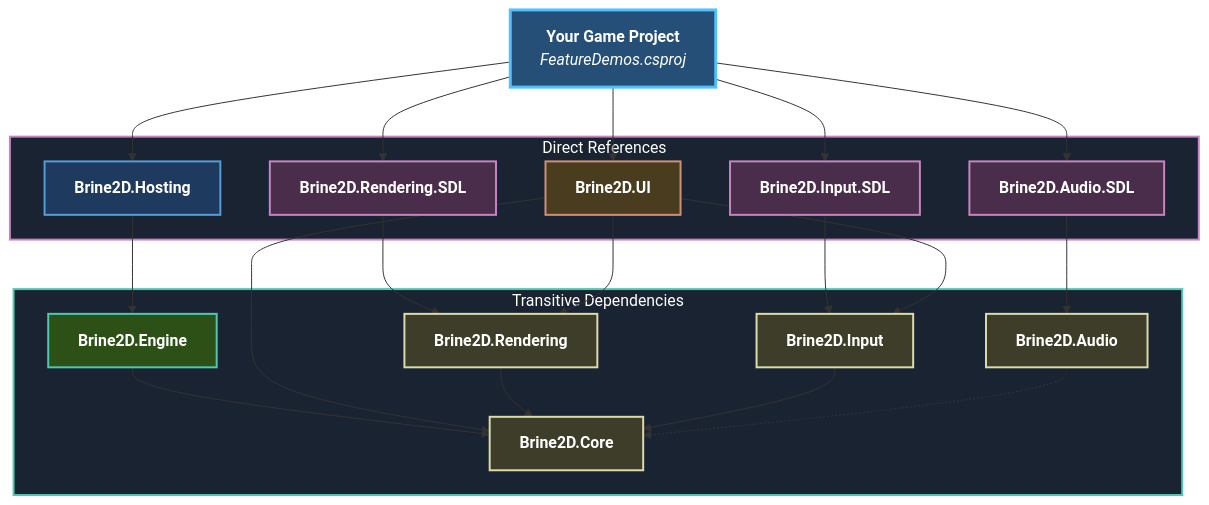
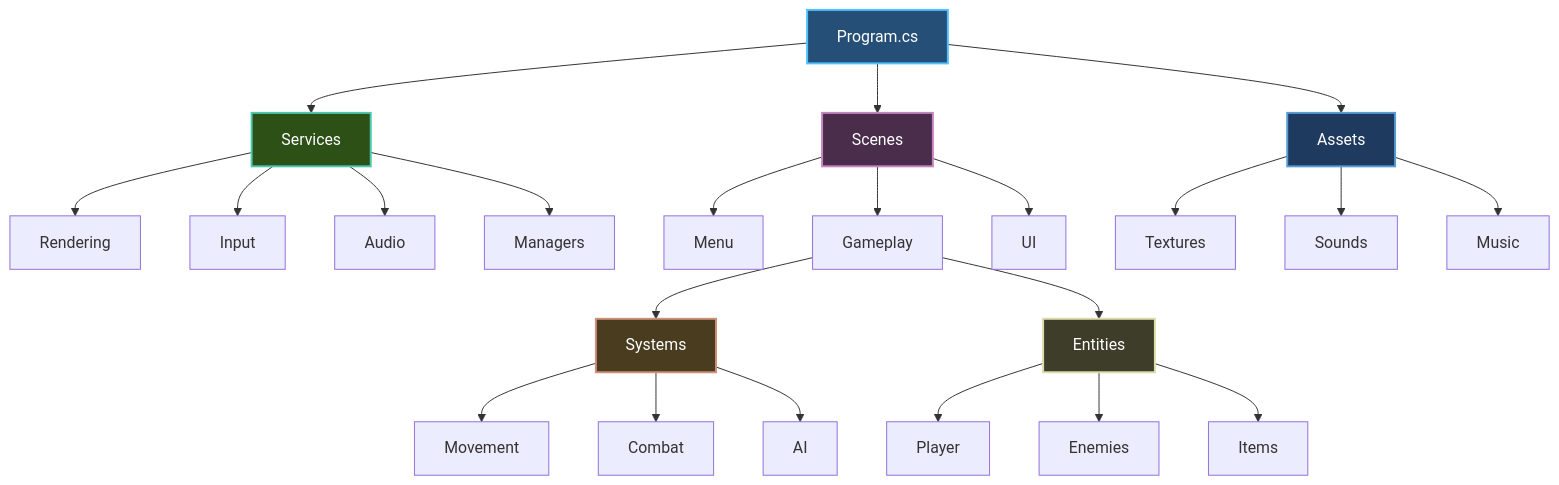
Before and after one commit to CrazyPickleStudios/Brine2D-Documentation: the diagram in docs/getting-started/project-structure.md, drawn with Mermaid. The commit also changed other lines of this file and 19 other files, not shown here.

````diff
--- a/docs/getting-started/project-structure.md
+++ b/docs/getting-started/project-structure.md
@@ -12,54 +741,37 @@
-```mermaid
+~~~mermaid
 graph TB
-    Game["<b>Your Game Project</b><br/><i>FeatureDemos.csproj</i>"]
+    A[Program.cs] --> B[Services]
+    A --> C[Scenes]
     
-    subgraph Direct["Direct References"]
-        Hosting["<b>Brine2D.Hosting</b>"]
-        RenderingSDL["<b>Brine2D.Rendering.SDL</b>"]
-        InputSDL["<b>Brine2D.Input.SDL</b>"]
-        AudioSDL["<b>Brine2D.Audio.SDL</b>"]
-        UI["<b>Brine2D.UI</b>"]
-    end
+    B --> B1[Rendering]
+    B --> B2[Input]
+    B --> B3[Audio]
+    B --> B4[Managers]
     
-    subgraph Transitive["Transitive Dependencies"]
-        Engine["<b>Brine2D.Engine</b>"]
-        Rendering["<b>Brine2D.Rendering</b>"]
-        Input["<b>Brine2D.Input</b>"]
-        Audio["<b>Brine2D.Audio</b>"]
-        Core["<b>Brine2D.Core</b>"]
-    end
+    C --> C1[Menu]
+    C --> C2[Gameplay]
+    C --> C3[UI]
     
-    Game --> Hosting
-    Game --> RenderingSDL
-    Game --> InputSDL
-    Game --> AudioSDL
-    Game --> UI
+    C2 --> D[Systems]
+    C2 --> E[Entities]
     
-    Hosting --> Engine
-    Engine --> Core
+    D --> D1[Movement]
+    D --> D2[Combat]
+    D --> D3[AI]
     
-    RenderingSDL --> Rendering
-    InputSDL --> Input
-    AudioSDL --> Audio
-    UI --> Core
-    UI --> Rendering
-    UI --> Input
+    E --> E1[Player]
+    E --> E2[Enemies]
+    E --> E3[Items]
     
-    Rendering --> Core
-    Input --> Core
-    Audio -.-> Core
-
-    style Game fill:#264f78,stroke:#4fc1ff,stroke-width:3px,color:#fff
-    style Hosting fill:#1e3a5f,stroke:#569cd6,stroke-width:2px,color:#fff
-    style RenderingSDL fill:#4a2d4a,stroke:#c586c0,stroke-width:2px,color:#fff
-    style InputSDL fill:#4a2d4a,stroke:#c586c0,stroke-width:2px,color:#fff
-    style AudioSDL fill:#4a2d4a,stroke:#c586c0,stroke-width:2px,color:#fff
-    style UI fill:#4a3d1f,stroke:#ce9178,stroke-width:2px,color:#fff
-    style Engine fill:#2d5016,stroke:#4ec9b0,stroke-width:2px,color:#fff
-    style Rendering fill:#3d3d2a,stroke:#dcdcaa,stroke-width:2px,color:#fff
-    style Input fill:#3d3d2a,stroke:#dcdcaa,stroke-width:2px,color:#fff
-    style Audio fill:#3d3d2a,stroke:#dcdcaa,stroke-width:2px,color:#fff
-    style Core fill:#3d3d2a,stroke:#dcdcaa,stroke-width:2px,color:#fff
-    style Direct fill:#1a2332,stroke:#c586c0,stroke-width:2px,color:#fff
-    style Transitive fill:#1a2332,stroke:#4ec9b0,stroke-width:2px,color:#fff
-```
+    A --> F[Assets]
+    F --> F1[Textures]
+    F --> F2[Sounds]
+    F --> F3[Music]
+    
+    style A fill:#264f78,stroke:#4fc1ff,stroke-width:2px,color:#fff
+    style B fill:#2d5016,stroke:#4ec9b0,stroke-width:2px,color:#fff
+    style C fill:#4a2d4a,stroke:#c586c0,stroke-width:2px,color:#fff
+    style D fill:#4a3d1f,stroke:#ce9178,stroke-width:2px,color:#fff
+    style E fill:#3d3d2a,stroke:#dcdcaa,stroke-width:2px,color:#fff
+    style F fill:#1e3a5f,stroke:#569cd6,stroke-width:2px,color:#fff
+~~~
````
